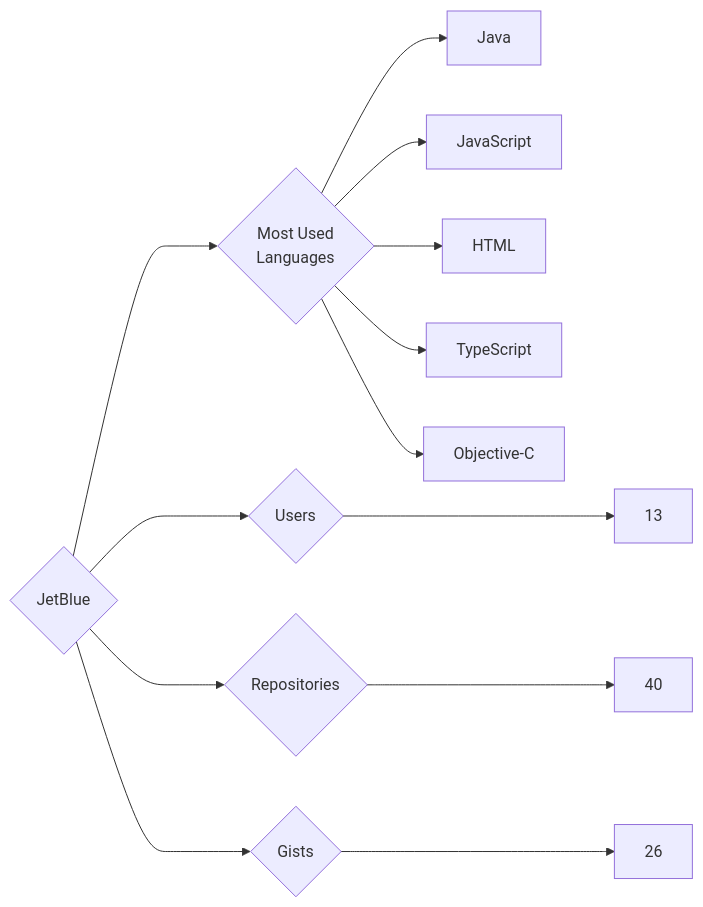
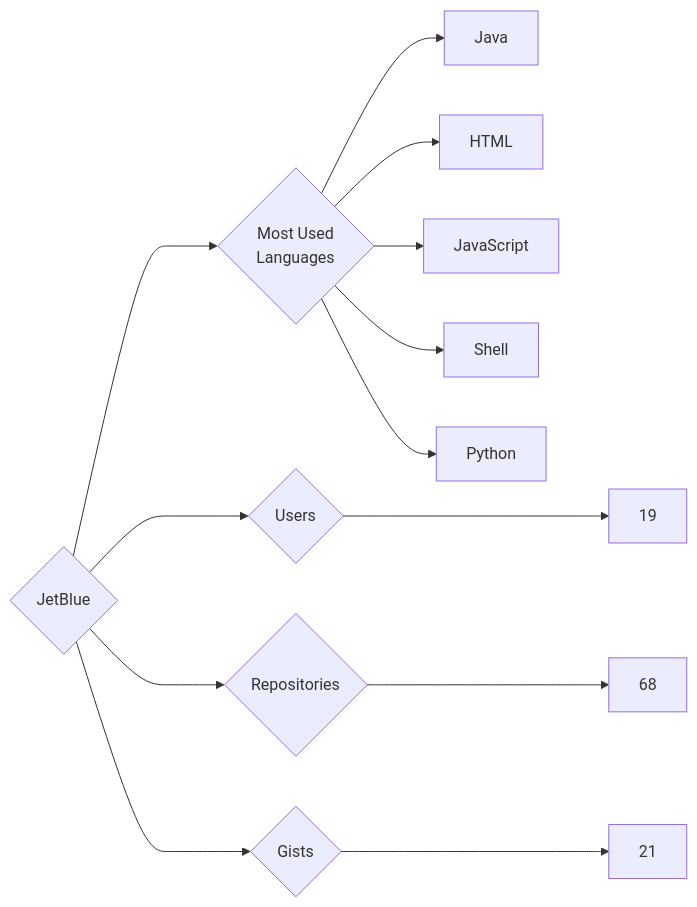
One commit to trickest/insiders changed the diagram in targets/JetBlue/README.md. Above: the diagram before and after it, drawn with Mermaid. The commit also changed 927 other files, not shown here.

````diff
--- a/targets/JetBlue/README.md
+++ b/targets/JetBlue/README.md
@@ -3,13 +3,13 @@
 ```mermaid
 graph LR
 COMPANY_NAME{JetBlue}
-COMPANY_NAME ---> U{Users} ---> UN[13]
-COMPANY_NAME ---> R{Repositories} ---> RN[40]
-COMPANY_NAME ---> G{Gists} ---> GN[26]
+COMPANY_NAME ---> U{Users} ---> UN[19]
+COMPANY_NAME ---> R{Repositories} ---> RN[68]
+COMPANY_NAME ---> G{Gists} ---> GN[21]
 COMPANY_NAME ---> ML{Most Used<br>Languages}
 ML --> Java[Java]
+ML --> HTML[HTML]
 ML --> JavaScript[JavaScript]
-ML --> HTML[HTML]
-ML --> TypeScript[TypeScript]
-ML --> Objective-C[Objective-C]
+ML --> Shell[Shell]
+ML --> Python[Python]
 ```
````
